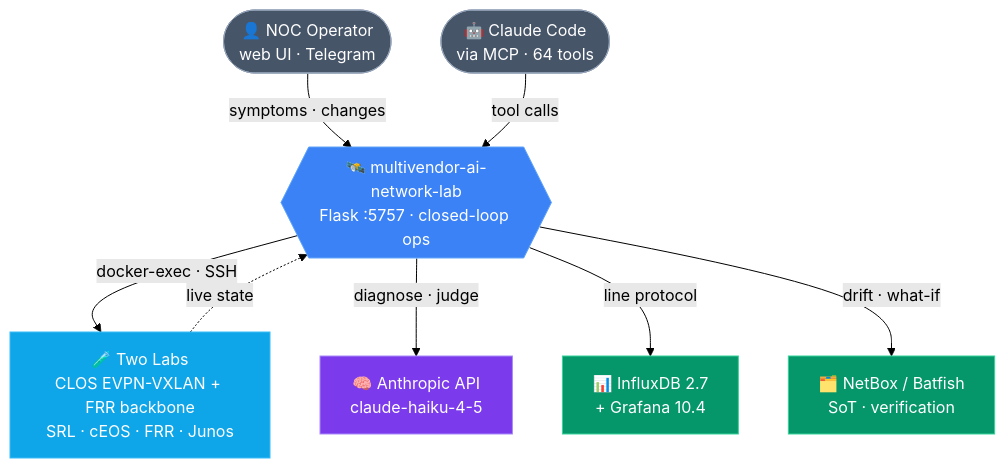
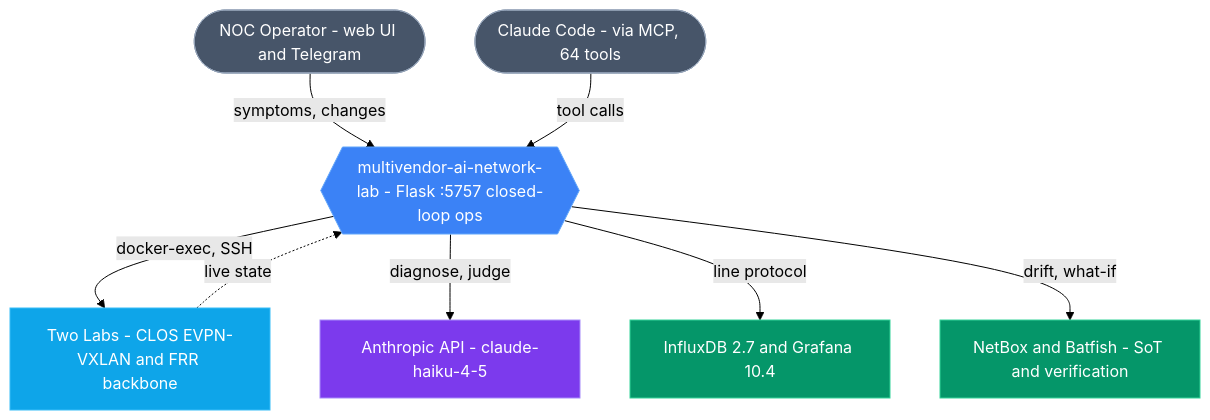
The diagram in README.md (gesh75/multivendor-ai-network-lab), drawn with Mermaid (forest theme) before and after one commit. The commit also changed 1 other file, not shown here.

Commit message:
docs: harden mermaid diagrams for reliable GitHub rendering

````diff
--- a/README.md
+++ b/README.md
@@ -109,26 +109,26 @@
 ```mermaid
 flowchart TB
-    operator(["👤 NOC Operator<br/>web UI · Telegram"]):::actor
-    agents(["🤖 Claude Code<br/>via MCP · 64 tools"]):::actor
+    operator(["NOC Operator - web UI and Telegram"]):::actor
+    agents(["Claude Code - via MCP, 64 tools"]):::actor
 
-    system{{"🛰️ multivendor-ai-network-lab<br/>Flask :5757 · closed-loop ops"}}:::core
+    system{{"multivendor-ai-network-lab - Flask :5757 closed-loop ops"}}:::core
 
-    labs["🧪 Two Labs<br/>CLOS EVPN-VXLAN + FRR backbone<br/>SRL · cEOS · FRR · Junos"]:::infra
-    anthropic["🧠 Anthropic API<br/>claude-haiku-4-5"]:::ai
-    tsdb["📊 InfluxDB 2.7<br/>+ Grafana 10.4"]:::data
-    sot["🗂️ NetBox / Batfish<br/>SoT · verification"]:::data
+    labs["Two Labs - CLOS EVPN-VXLAN and FRR backbone"]:::infra
+    anthropic["Anthropic API - claude-haiku-4-5"]:::ai
+    tsdb["InfluxDB 2.7 and Grafana 10.4"]:::data
+    sot["NetBox and Batfish - SoT and verification"]:::data
 
-    operator -->|"symptoms · changes"| system
+    operator -->|"symptoms, changes"| system
     agents -->|"tool calls"| system
-    system -->|"docker-exec · SSH"| labs
-    system -->|"diagnose · judge"| anthropic
+    system -->|"docker-exec, SSH"| labs
+    system -->|"diagnose, judge"| anthropic
     system -->|"line protocol"| tsdb
-    system -->|"drift · what-if"| sot
+    system -->|"drift, what-if"| sot
     labs -.->|"live state"| system
 
     classDef actor fill:#475569,stroke:#94a3b8,color:#fff
     classDef core fill:#3b82f6,stroke:#60a5fa,color:#fff
     classDef infra fill:#0ea5e9,stroke:#38bdf8,color:#fff
     classDef ai fill:#7c3aed,stroke:#a78bfa,color:#fff
     classDef data fill:#059669,stroke:#34d399,color:#fff
 ```
````
